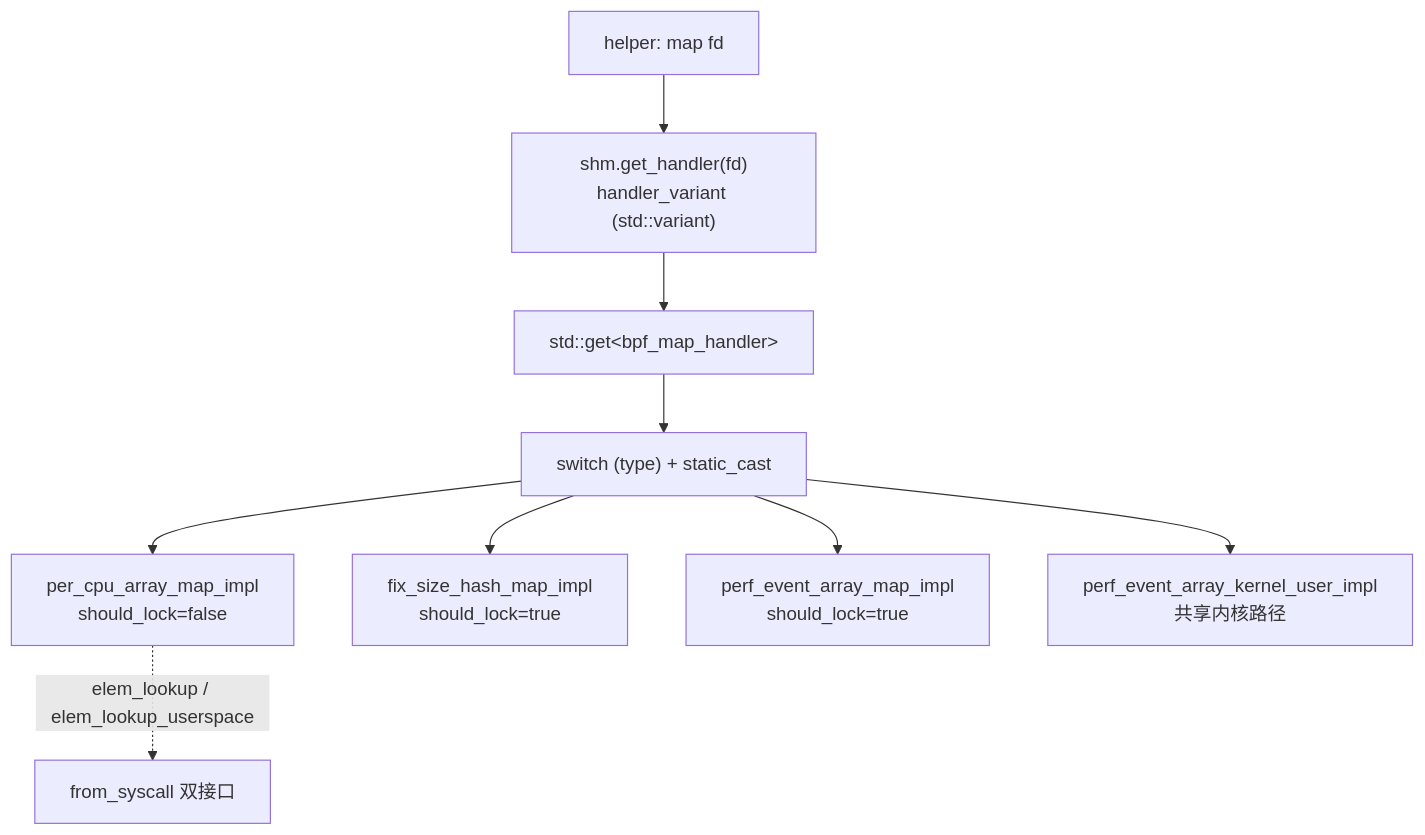
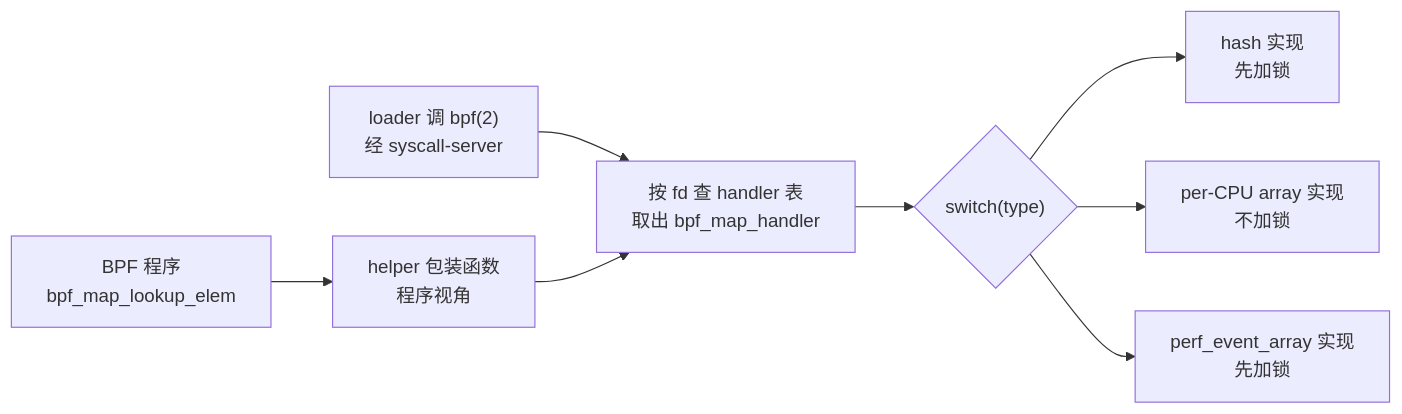
The first of 3 diagrams in 06-maps-helpers.md (plsy1/bpftime-benchmark), drawn with Mermaid before and after one commit. The commit also changed other lines of this file and 10 other files, not shown here.

````diff
--- a/06-maps-helpers.md
+++ b/06-maps-helpers.md
@@ -109,11 +64,10 @@
 ```mermaid
-graph TD
-    A["helper: map fd"] --> B["shm.get_handler(fd)<br/>handler_variant (std::variant)"]
-    B --> C["std::get&lt;bpf_map_handler&gt;"]
-    C --> D["switch (type) + static_cast"]
-    D --> E["per_cpu_array_map_impl<br/>should_lock=false"]
-    D --> F["fix_size_hash_map_impl<br/>should_lock=true"]
-    D --> G["perf_event_array_map_impl<br/>should_lock=true"]
-    D --> H["perf_event_array_kernel_user_impl<br/>共享内核路径"]
-    E -. "elem_lookup / elem_lookup_userspace" .-> I["from_syscall 双接口"]
+graph LR
+    A["BPF 程序<br/>bpf_map_lookup_elem"] --> B["helper 包装函数<br/>程序视角"]
+    L["loader 调 bpf(2)<br/>经 syscall-server"] --> C
+    B --> C["按 fd 查 handler 表<br/>取出 bpf_map_handler"]
+    C --> D{"switch(type)"}
+    D --> E["hash 实现<br/>先加锁"]
+    D --> F["per-CPU array 实现<br/>不加锁"]
+    D --> G["perf_event_array 实现<br/>先加锁"]
 ```
````
